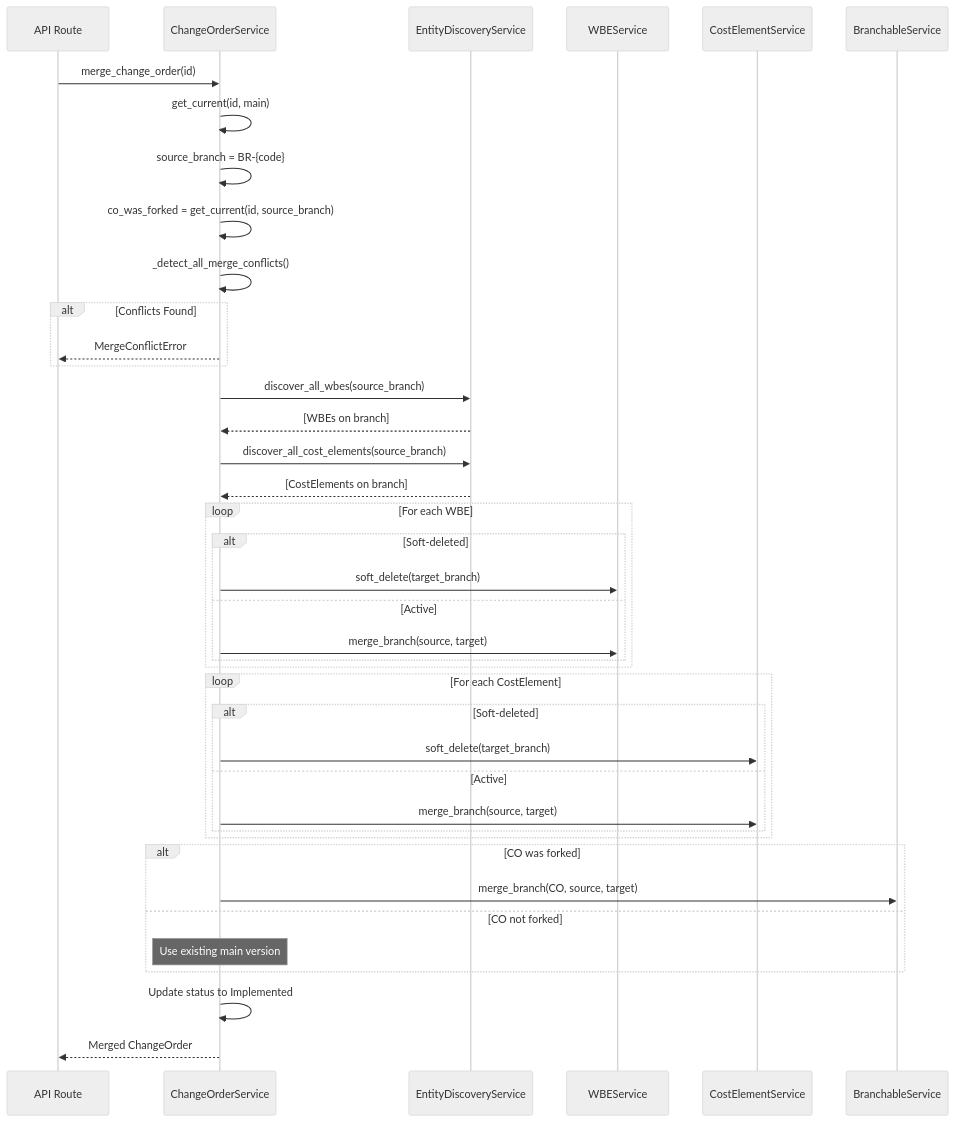
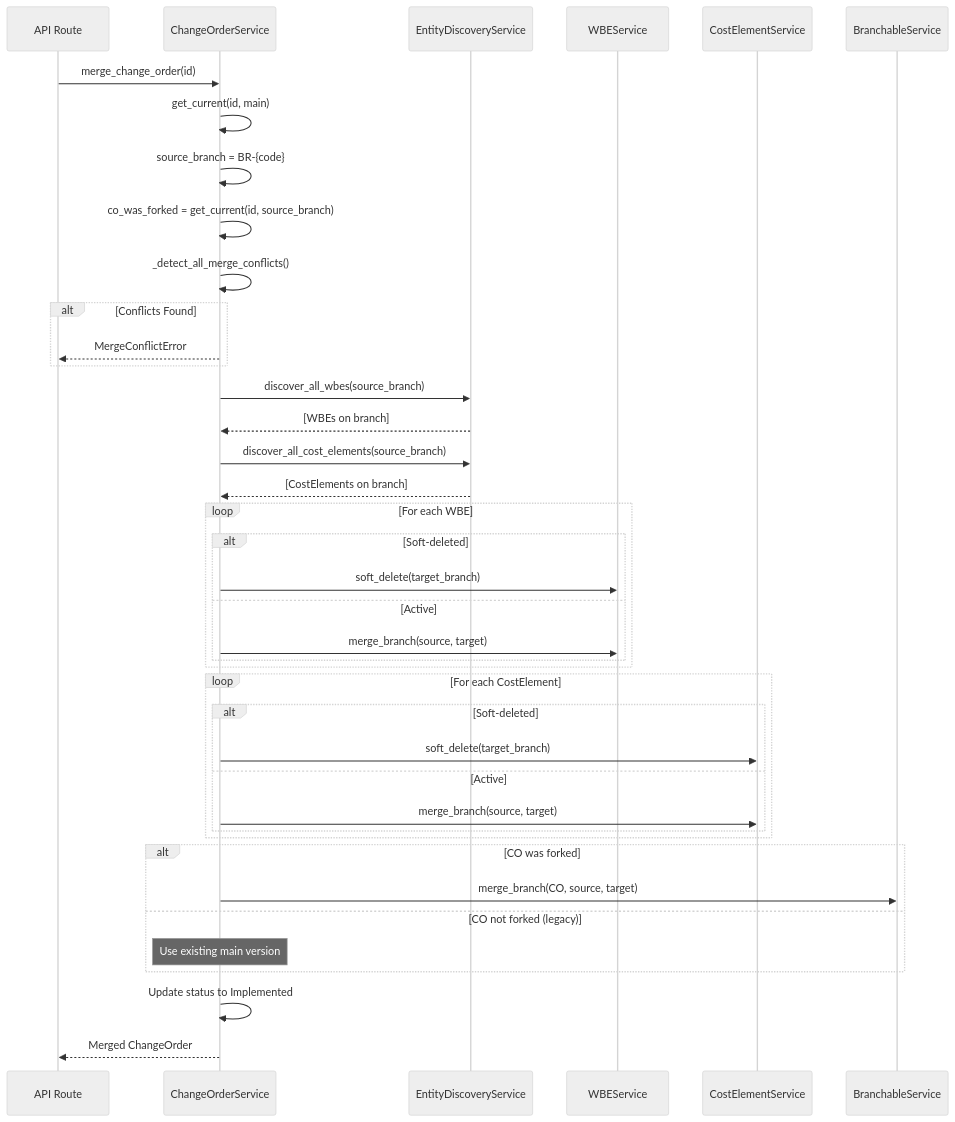
Before and after one commit to ogghst/backcast: the fifth of 5 diagrams in docs/05-user-guide/change-order-workflow-guide.md, drawn with Mermaid (neutral theme). The commit also changed other lines of this file and 4 other files, not shown here.

````diff
--- a/docs/05-user-guide/change-order-workflow-guide.md
+++ b/docs/05-user-guide/change-order-workflow-guide.md
@@ -365,49 +377,49 @@
 ```mermaid
 sequenceDiagram
     participant API as API Route
     participant COService as ChangeOrderService
     participant Discovery as EntityDiscoveryService
     participant WBEService as WBEService
     participant CESService as CostElementService
     participant Branching as BranchableService
 
     API->>COService: merge_change_order(id)
     COService->>COService: get_current(id, main)
     COService->>COService: source_branch = BR-{code}
     COService->>COService: co_was_forked = get_current(id, source_branch)
 
     COService->>COService: _detect_all_merge_conflicts()
     alt Conflicts Found
         COService-->>API: MergeConflictError
     end
 
     COService->>Discovery: discover_all_wbes(source_branch)
     Discovery-->>COService: [WBEs on branch]
     COService->>Discovery: discover_all_cost_elements(source_branch)
     Discovery-->>COService: [CostElements on branch]
 
     loop For each WBE
         alt Soft-deleted
             COService->>WBEService: soft_delete(target_branch)
         else Active
             COService->>WBEService: merge_branch(source, target)
         end
     end
 
     loop For each CostElement
         alt Soft-deleted
             COService->>CESService: soft_delete(target_branch)
         else Active
             COService->>CESService: merge_branch(source, target)
         end
     end
 
     alt CO was forked
         COService->>Branching: merge_branch(CO, source, target)
-    else CO not forked
+    else CO not forked (legacy)
         Note over COService: Use existing main version
     end
 
     COService->>COService: Update status to Implemented
     COService-->>API: Merged ChangeOrder
 ```
````
